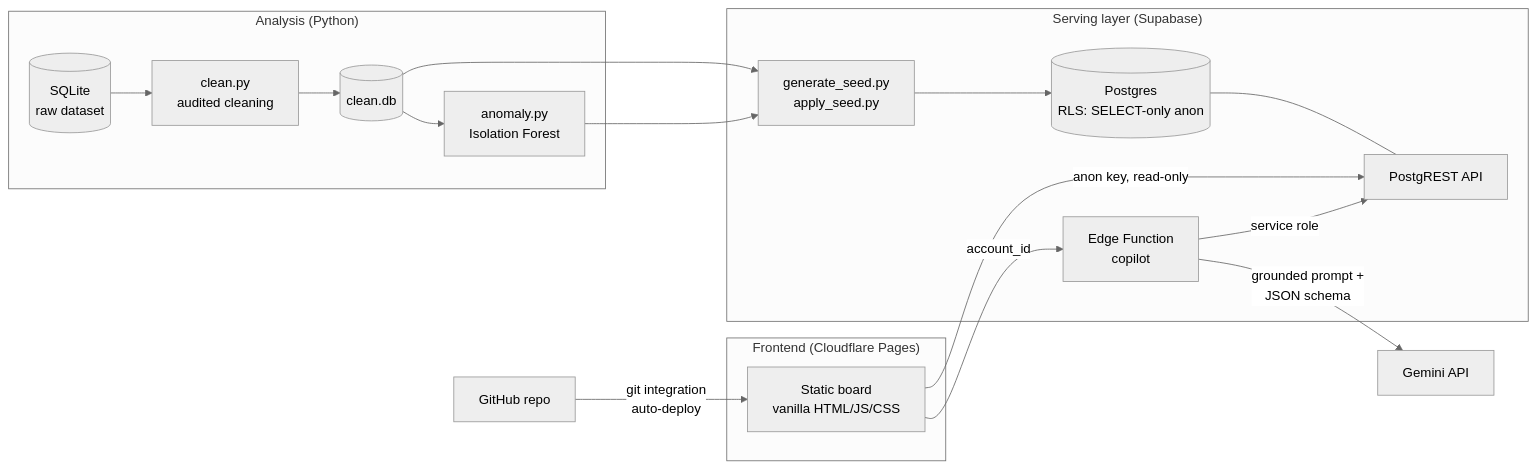
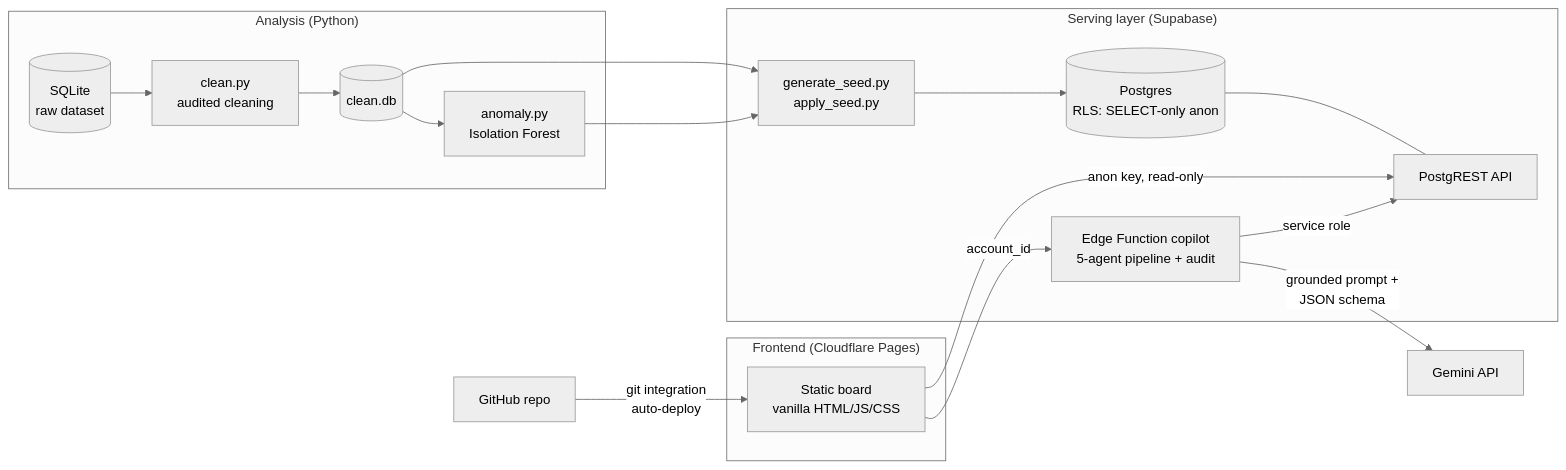
Before and after one commit to cardavil/Fraud_Exploration: the diagram in README.md, drawn with Mermaid (neutral theme). The commit also changed other lines of this file and 9 other files, not shown here.

````diff
--- a/README.md
+++ b/README.md
@@ -16,25 +18,25 @@
 ```mermaid
 flowchart LR
   subgraph Analysis["Analysis (Python)"]
     RAW[(SQLite<br/>raw dataset)] --> CLEAN[clean.py<br/>audited cleaning] --> DB[(clean.db)]
     DB --> ISO[anomaly.py<br/>Isolation Forest]
   end
 
   subgraph Serving["Serving layer (Supabase)"]
     SEED[generate_seed.py<br/>apply_seed.py] --> PG[(Postgres<br/>RLS: SELECT-only anon)]
     PG --- REST[PostgREST API]
-    FN[Edge Function<br/>copilot]
+    FN[Edge Function copilot<br/>5-agent pipeline + audit]
   end
 
   subgraph Front["Frontend (Cloudflare Pages)"]
     APP[Static board<br/>vanilla HTML/JS/CSS]
   end
 
   DB --> SEED
   ISO --> SEED
   APP -->|anon key, read-only| REST
   APP -->|account_id| FN
   FN -->|service role| REST
   FN -->|grounded prompt +<br/>JSON schema| GEMINI[Gemini API]
   GH[GitHub repo] -->|git integration<br/>auto-deploy| APP
 ```
````
